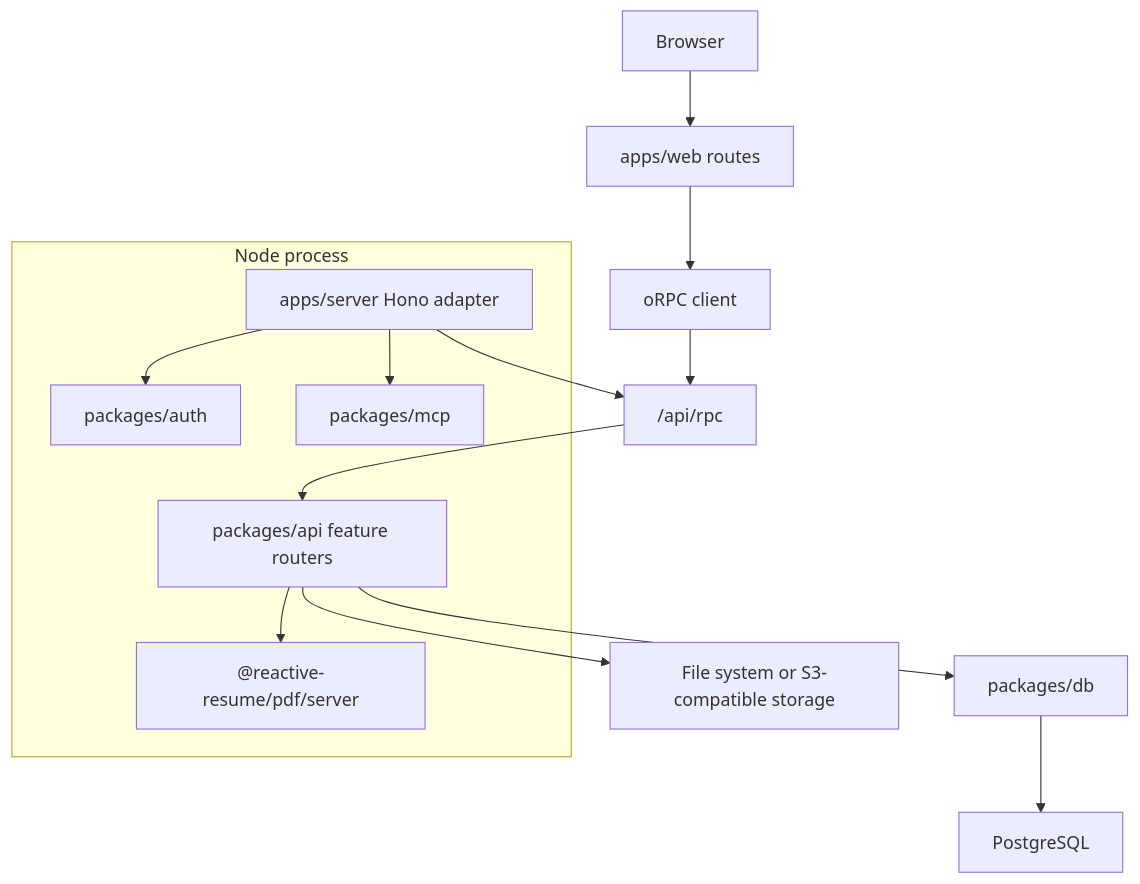
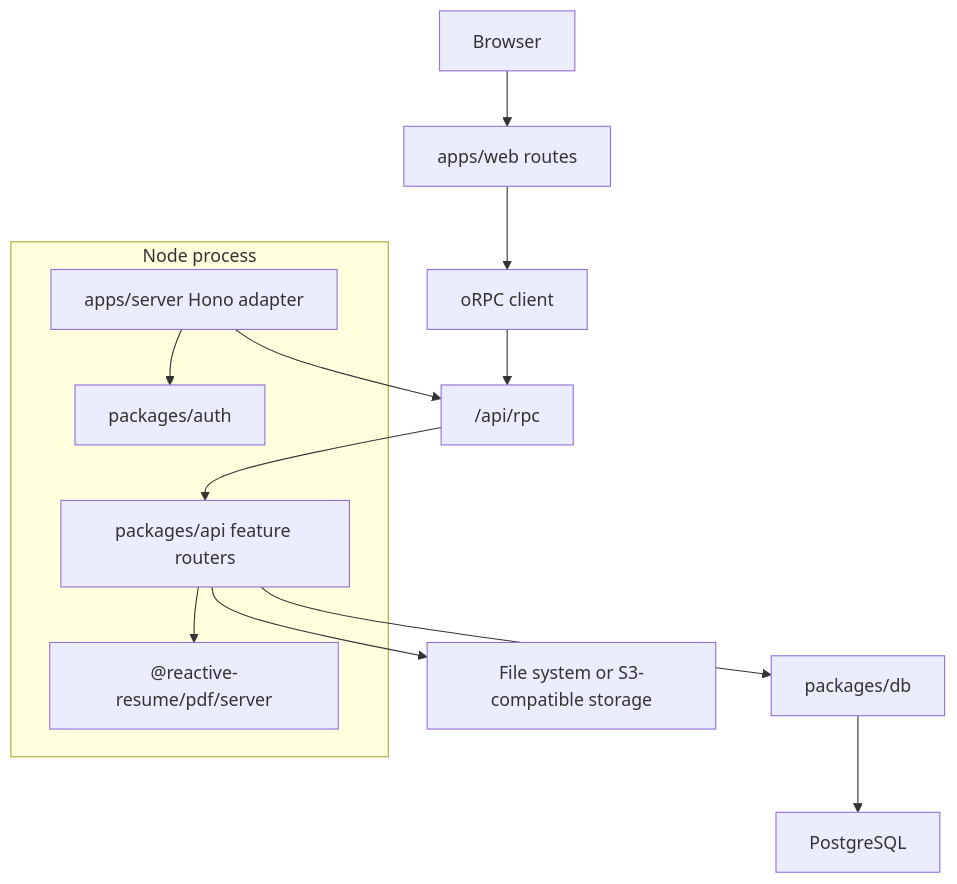
One commit to unaisshemim/cloud-coffee changed the diagram in docs/contributing/architecture.mdx. Above: the diagram before and after it, drawn with Mermaid. The commit also changed other lines of this file and 61 other files, not shown here.

Commit message:
refactor: remove remote MCP server

````diff
--- a/docs/contributing/architecture.mdx
+++ b/docs/contributing/architecture.mdx
@@ -14,23 +14,21 @@
 ```mermaid
 flowchart TD
   Browser["Browser"] --> WebRoutes["apps/web routes"]
   WebRoutes --> ORPCClient["oRPC client"]
   ORPCClient --> RPC["/api/rpc"]
 
   subgraph NodeProcess["Node process"]
     Server["apps/server Hono adapter"]
     API["packages/api feature routers"]
     Auth["packages/auth"]
-    MCP["packages/mcp"]
     PDFServer["@reactive-resume/pdf/server"]
   end
 
   Server --> RPC
   RPC --> API
   Server --> Auth
-  Server --> MCP
   API --> PDFServer
   API --> DB["packages/db"]
   API --> Storage["File system or S3-compatible storage"]
   DB --> Postgres["PostgreSQL"]
 ```
````
